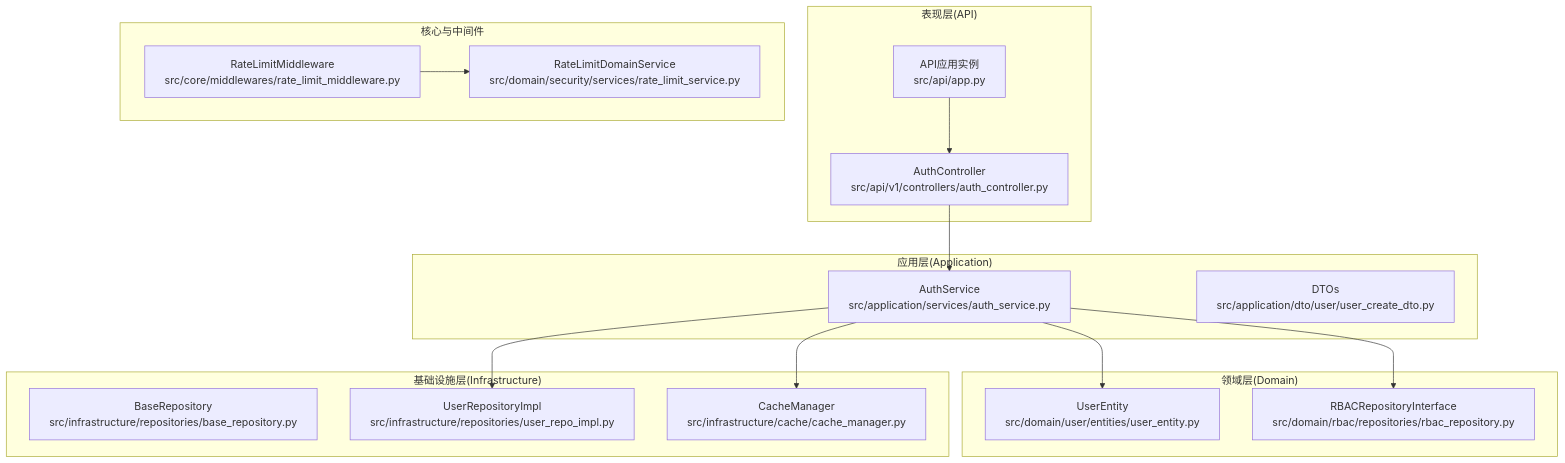
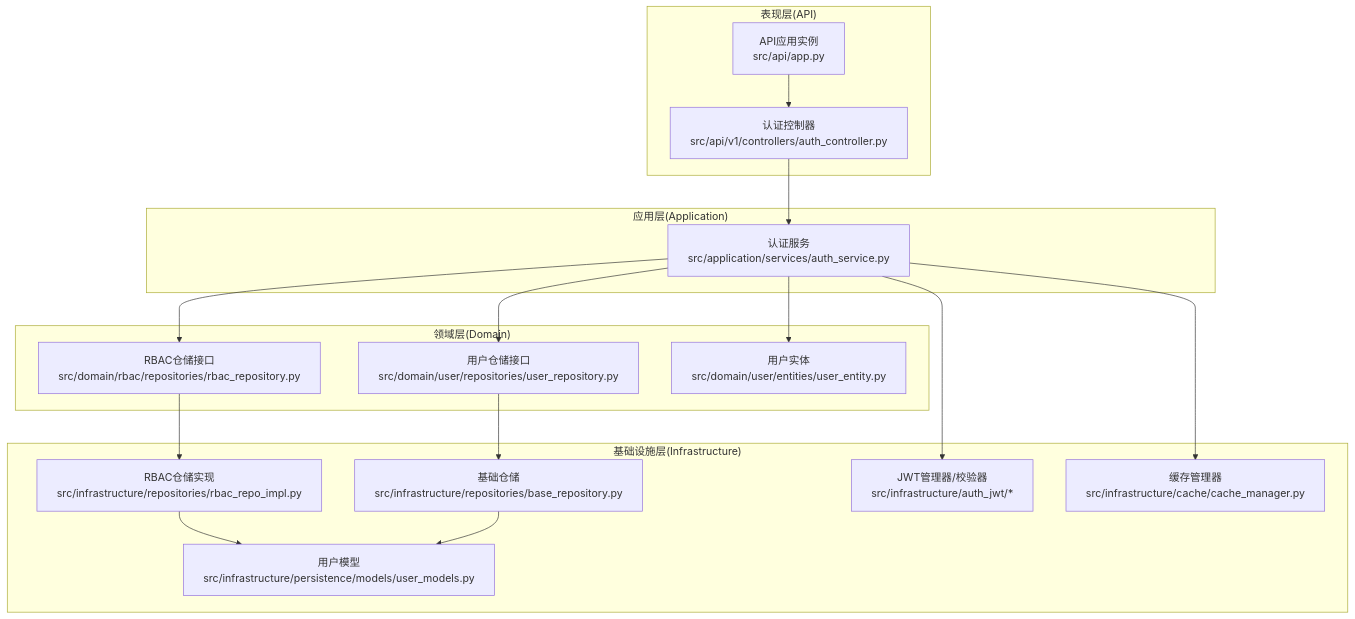
The first of 3 diagrams in .qoder/repowiki/zh/content/架构设计/架构设计.md (taoweidong/Hello-Django-Ninja-Api), drawn with Mermaid before and after one commit. The commit also changed other lines of this file and 106 other files, not shown here.

````diff
--- a/.qoder/repowiki/zh/content/架构设计/架构设计.md
+++ b/.qoder/repowiki/zh/content/架构设计/架构设计.md
@@ -51,31 +40,33 @@
 ```mermaid
 graph TB
 subgraph "表现层(API)"
-C1["AuthController<br/>src/api/v1/controllers/auth_controller.py"]
-APP["API应用实例<br/>src/api/app.py"]
+A1["API应用实例<br/>src/api/app.py"]
+A2["认证控制器<br/>src/api/v1/controllers/auth_controller.py"]
 end
 subgraph "应用层(Application)"
-S1["AuthService<br/>src/application/services/auth_service.py"]
-DTO["DTOs<br/>src/application/dto/user/user_create_dto.py"]
+B1["认证服务<br/>src/application/services/auth_service.py"]
 end
 subgraph "领域层(Domain)"
-E1["UserEntity<br/>src/domain/user/entities/user_entity.py"]
-RI["RBACRepositoryInterface<br/>src/domain/rbac/repositories/rbac_repository.py"]
+C1["RBAC仓储接口<br/>src/domain/rbac/repositories/rbac_repository.py"]
+C2["用户仓储接口<br/>src/domain/user/repositories/user_repository.py"]
+C3["用户实体<br/>src/domain/user/entities/user_entity.py"]
 end
 subgraph "基础设施层(Infrastructure)"
-R0["BaseRepository<br/>src/infrastructure/repositories/base_repository.py"]
-R1["UserRepositoryImpl<br/>src/infrastructure/repositories/user_repo_impl.py"]
-CM["CacheManager<br/>src/infrastructure/cache/cache_manager.py"]
+D1["RBAC仓储实现<br/>src/infrastructure/repositories/rbac_repo_impl.py"]
+D2["基础仓储<br/>src/infrastructure/repositories/base_repository.py"]
+D3["用户模型<br/>src/infrastructure/persistence/models/user_models.py"]
+D4["JWT管理器/校验器<br/>src/infrastructure/auth_jwt/*"]
+D5["缓存管理器<br/>src/infrastructure/cache/cache_manager.py"]
 end
-subgraph "核心与中间件"
-MW1["RateLimitMiddleware<br/>src/core/middlewares/rate_limit_middleware.py"]
-RL["RateLimitDomainService<br/>src/domain/security/services/rate_limit_service.py"]
-end
-APP --> C1
-C1 --> S1
-S1 --> E1
-S1 --> RI
-S1 --> R1
-S1 --> CM
-MW1 --> RL
+A1 --> A2
+A2 --> B1
+B1 --> C1
+B1 --> C2
+B1 --> C3
+C1 --> D1
+C2 --> D2
+D1 --> D3
+D2 --> D3
+B1 --> D4
+B1 --> D5
 ```
````
